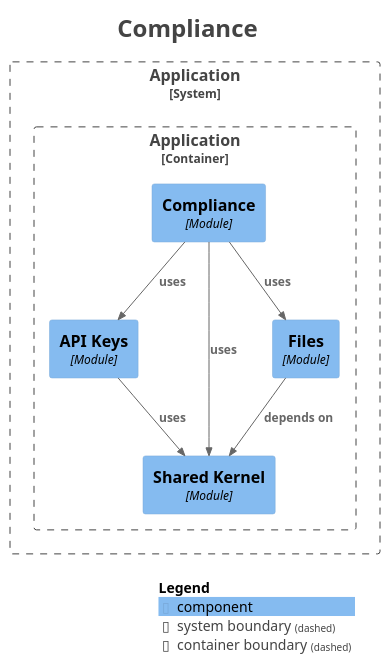
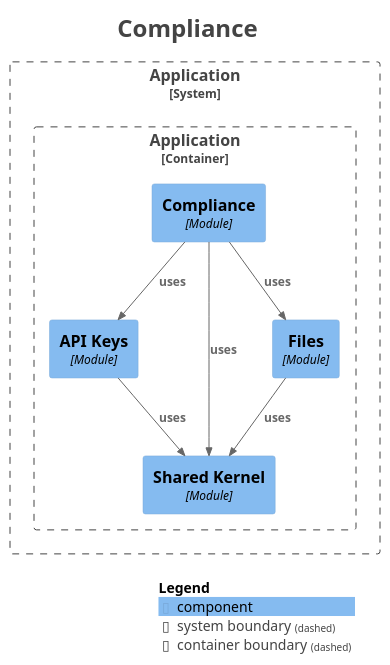
The diagram in docs/modulith/module-compliance.puml (Paul-Ayesiga/enterprise-modulith-template), drawn with PlantUML before and after one commit. The commit also changed 61 other files, not shown here.

```diff
--- a/docs/modulith/module-compliance.puml
+++ b/docs/modulith/module-compliance.puml
@@ -1,36 +1,36 @@
 @startuml
 title <size:24>Compliance</size>
 
 set separator none
 top to bottom direction
 
 <style>
   root {
     BackgroundColor: #ffffff
     FontColor: #444444
   }
 </style>
 
 !include <C4/C4>
 !include <C4/C4_Context>
 !include <C4/C4_Component>
 
 System_Boundary("Application_boundary", "Application", $tags="") {
   Container_Boundary("Application.Application_boundary", "Application", $tags="") {
     Component(Application.Application.APIKeys, "API Keys", $techn="Module", $descr="", $tags="", $link="")
     Component(Application.Application.Compliance, "Compliance", $techn="Module", $descr="", $tags="", $link="")
     Component(Application.Application.SharedKernel, "Shared Kernel", $techn="Module", $descr="", $tags="", $link="")
     Component(Application.Application.Files, "Files", $techn="Module", $descr="", $tags="", $link="")
   }
 
 }
 
+Rel(Application.Application.Files, Application.Application.SharedKernel, "uses", $techn="", $tags="", $link="")
+Rel(Application.Application.APIKeys, Application.Application.SharedKernel, "uses", $techn="", $tags="", $link="")
 Rel(Application.Application.Compliance, Application.Application.SharedKernel, "uses", $techn="", $tags="", $link="")
 Rel(Application.Application.Compliance, Application.Application.APIKeys, "uses", $techn="", $tags="", $link="")
 Rel(Application.Application.Compliance, Application.Application.Files, "uses", $techn="", $tags="", $link="")
-Rel(Application.Application.Files, Application.Application.SharedKernel, "depends on", $techn="", $tags="", $link="")
-Rel(Application.Application.APIKeys, Application.Application.SharedKernel, "uses", $techn="", $tags="", $link="")
 
 SHOW_LEGEND(true)
 hide stereotypes
 @enduml
```
